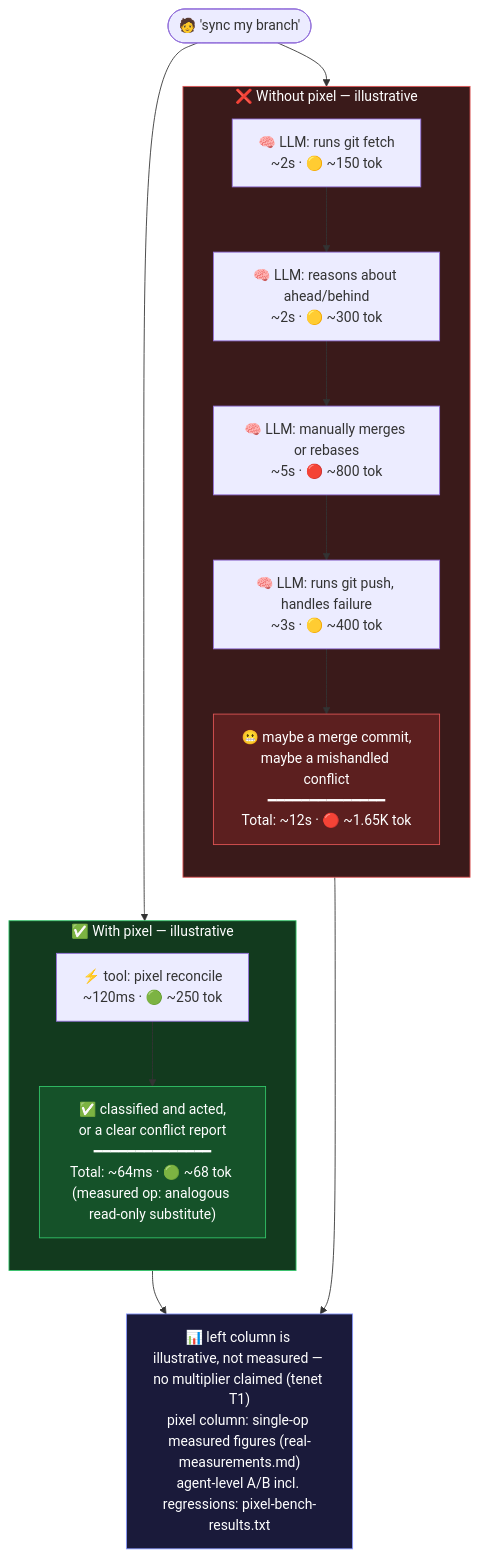
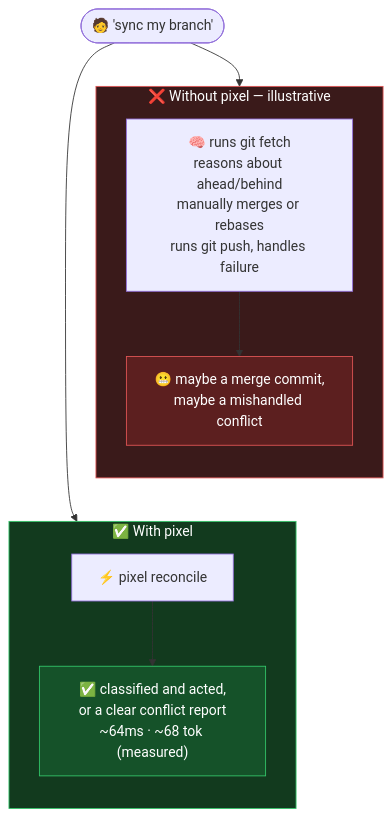
The diagram in docs/examples/03-reconcile-branch.mmd (Pixel-CLI/pixel), drawn with Mermaid before and after one commit. The commit also changed 21 other files, not shown here.

Commit message:
docs: condense README, add origin story, refresh diagrams

```diff
--- a/docs/examples/03-reconcile-branch.mmd
+++ b/docs/examples/03-reconcile-branch.mmd
@@ -1,31 +1,21 @@
 flowchart TD
     Ask(["🧑 'sync my branch'"])
     Ask --> w1
     Ask --> p1
     w1 ~~~ p1
 
     subgraph W ["❌ Without pixel — illustrative"]
         direction TB
-        w1["🧠 LLM: runs git fetch<br/>~2s · 🟡 ~150 tok"] --> w2
-        w2["🧠 LLM: reasons about ahead/behind<br/>~2s · 🟡 ~300 tok"] --> w3
-        w3["🧠 LLM: manually merges or rebases<br/>~5s · 🔴 ~800 tok"] --> w4
-        w4["🧠 LLM: runs git push, handles failure<br/>~3s · 🟡 ~400 tok"]
-        w4 --> w5["😬 maybe a merge commit,<br/>maybe a mishandled conflict<br/>━━━━━━━━━━━━━━<br/>Total: ~12s · 🔴 ~1.65K tok"]
+        w1["🧠 runs git fetch<br/>reasons about ahead/behind<br/>manually merges or rebases<br/>runs git push, handles failure"] --> w5["😬 maybe a merge commit,<br/>maybe a mishandled conflict"]
     end
 
-    subgraph P ["✅ With pixel — illustrative"]
+    subgraph P ["✅ With pixel"]
         direction TB
-        p1["⚡ tool: pixel reconcile<br/>~120ms · 🟢 ~250 tok"]
-        p1 --> p3["✅ classified and acted,<br/>or a clear conflict report<br/>━━━━━━━━━━━━━━<br/>Total: ~64ms · 🟢 ~68 tok (measured op: analogous read-only substitute)"]
+        p1["⚡ pixel reconcile"] --> p3["✅ classified and acted,<br/>or a clear conflict report<br/>~64ms · ~68 tok (measured)"]
     end
-
-    w5 --> Recap
-    p3 --> Recap
-    Recap["📊 left column is illustrative, not measured — no multiplier claimed (tenet T1)<br/>pixel column: single-op measured figures (real-measurements.md)<br/>agent-level A/B incl. regressions: pixel-bench-results.txt"]
 
     style W fill:#3a1a1a,stroke:#e05555,color:#fff
     style P fill:#123a1e,stroke:#33c76a,color:#fff
     style w5 fill:#5c1f1f,stroke:#e05555,color:#fff
     style p3 fill:#155229,stroke:#33c76a,color:#fff
-    style Recap fill:#1a1a3a,stroke:#8899ff,color:#fff
     linkStyle 2 stroke-width:0px
```
